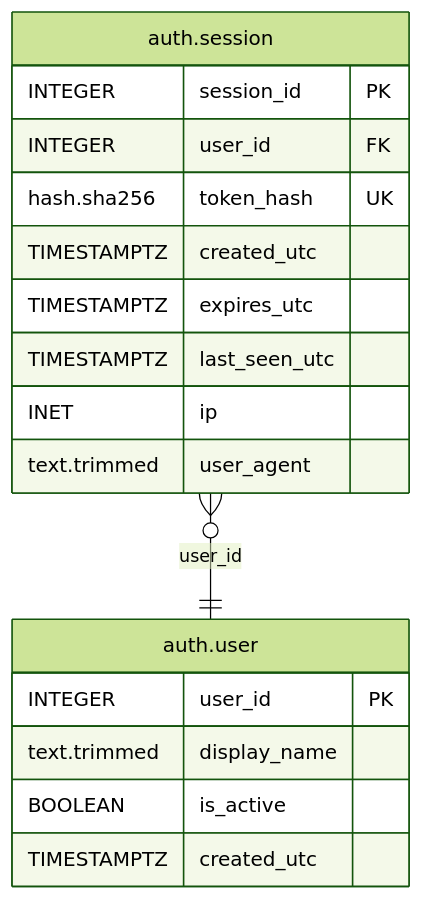
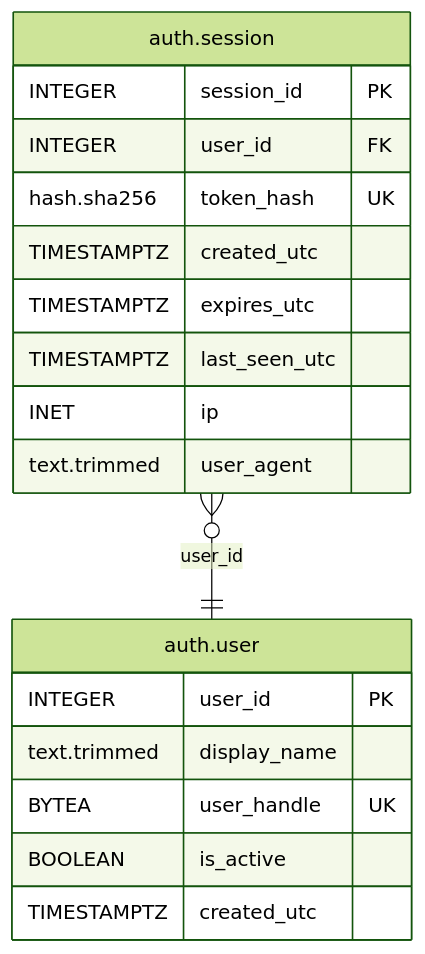
Before and after one commit to OlsonDev/josholson.dev: the diagram in docs/schema/auth.session.md, drawn with Mermaid (forest theme). The commit also changed 10 other files, not shown here.

Commit message:
📝🗃️ Add ADR 0031 for signing in with Red, Purple, or a phone, settle the open items in ADR 0027, replace `auth.identity` with `auth.passkey`, and add `auth.user.user_handle`

````diff
--- a/docs/schema/auth.session.md
+++ b/docs/schema/auth.session.md
@@ -59,23 +59,24 @@
 ```mermaid
 erDiagram
 
 "auth.session" }o--|| "auth.user" : "user_id"
 
 "auth.session" {
   INTEGER session_id PK
   INTEGER user_id FK
   hash.sha256 token_hash UK
   TIMESTAMPTZ created_utc
   TIMESTAMPTZ expires_utc
   TIMESTAMPTZ last_seen_utc
   INET ip
   text.trimmed user_agent
 }
 
 "auth.user" {
   INTEGER user_id PK
   text.trimmed display_name
+  BYTEA user_handle UK
   BOOLEAN is_active
   TIMESTAMPTZ created_utc
 }
 ```
````
